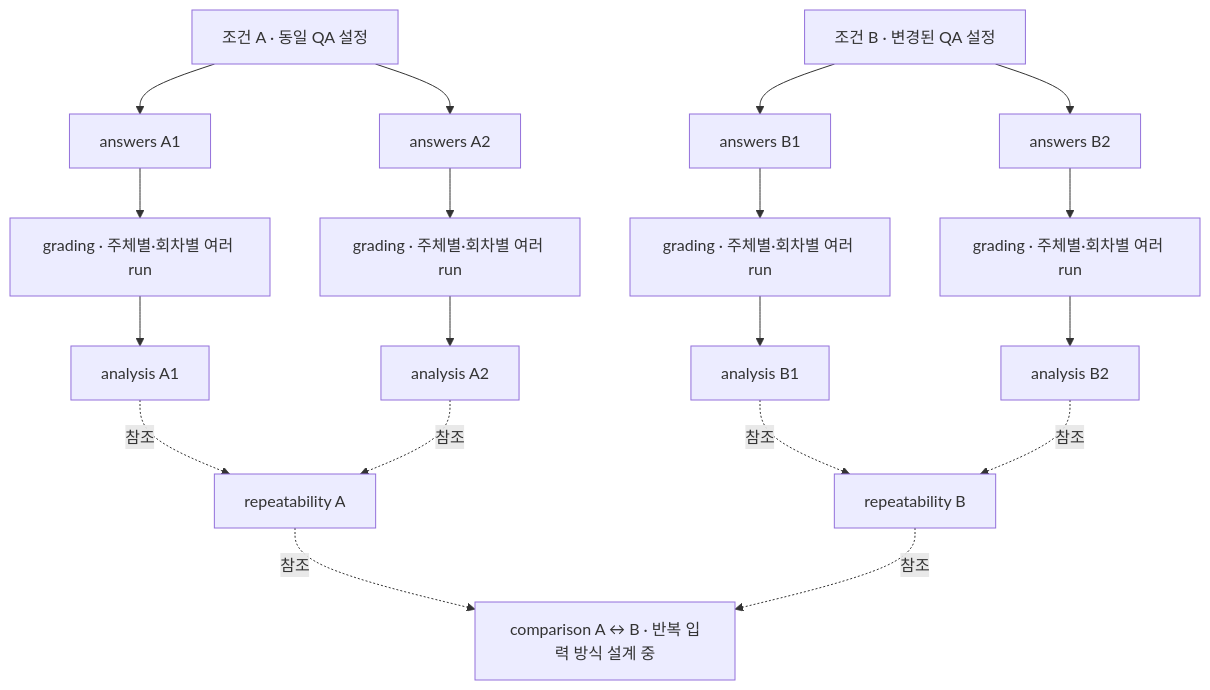
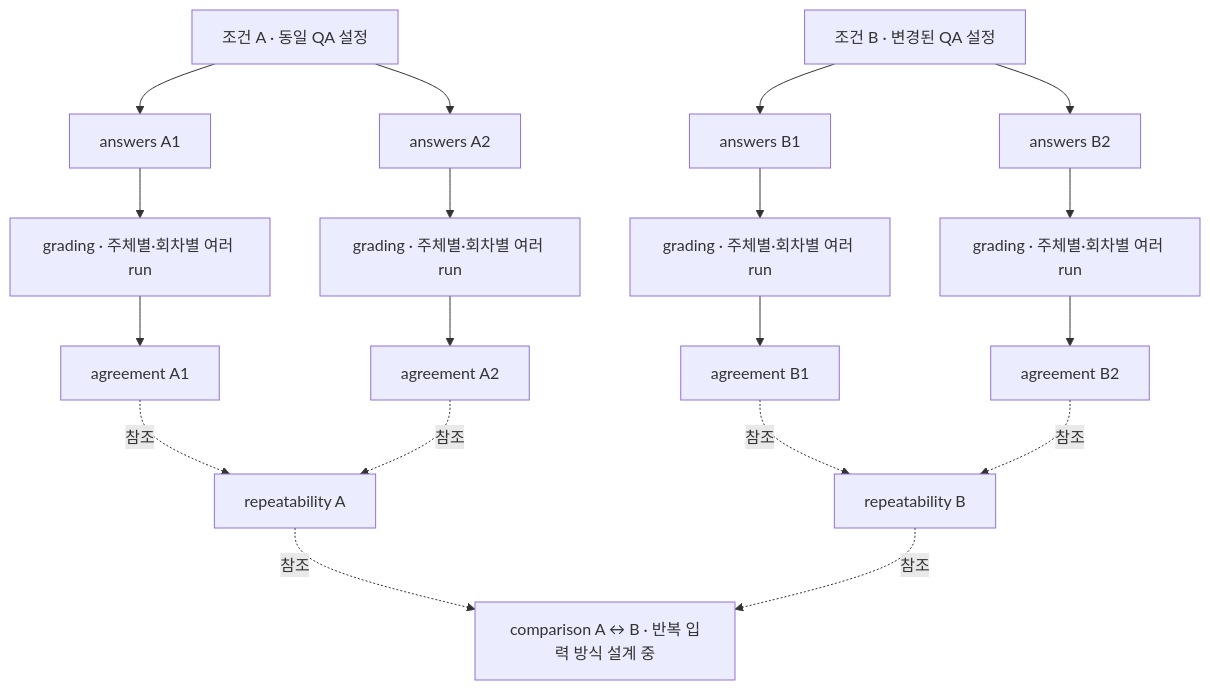
The diagram in docs/evaluation-schema.md (Ootzk/elice-techblog-RAG), drawn with Mermaid before and after one commit. The commit also changed other lines of this file and 36 other files, not shown here.

Commit message:
refactor(evaluation): rename analysis runs to agreement

````diff
--- a/docs/evaluation-schema.md
+++ b/docs/evaluation-schema.md
@@ -16,21 +19,21 @@
 ```mermaid
 flowchart TD
     CA["조건 A · 동일 QA 설정"] --> A1["answers A1"]
     CA --> A2["answers A2"]
     CB["조건 B · 변경된 QA 설정"] --> B1["answers B1"]
     CB --> B2["answers B2"]
     A1 --> GA1["grading · 주체별·회차별 여러 run"]
     A2 --> GA2["grading · 주체별·회차별 여러 run"]
     B1 --> GB1["grading · 주체별·회차별 여러 run"]
     B2 --> GB2["grading · 주체별·회차별 여러 run"]
-    GA1 --> IA1["analysis A1"]
-    GA2 --> IA2["analysis A2"]
-    GB1 --> IB1["analysis B1"]
-    GB2 --> IB2["analysis B2"]
+    GA1 --> IA1["agreement A1"]
+    GA2 --> IA2["agreement A2"]
+    GB1 --> IB1["agreement B1"]
+    GB2 --> IB2["agreement B2"]
     IA1 -. 참조 .-> RA["repeatability A"]
     IA2 -. 참조 .-> RA
     IB1 -. 참조 .-> RB["repeatability B"]
     IB2 -. 참조 .-> RB
     RA -. 참조 .-> CMP["comparison A ↔ B · 반복 입력 방식 설계 중"]
     RB -. 참조 .-> CMP
 ```
````
